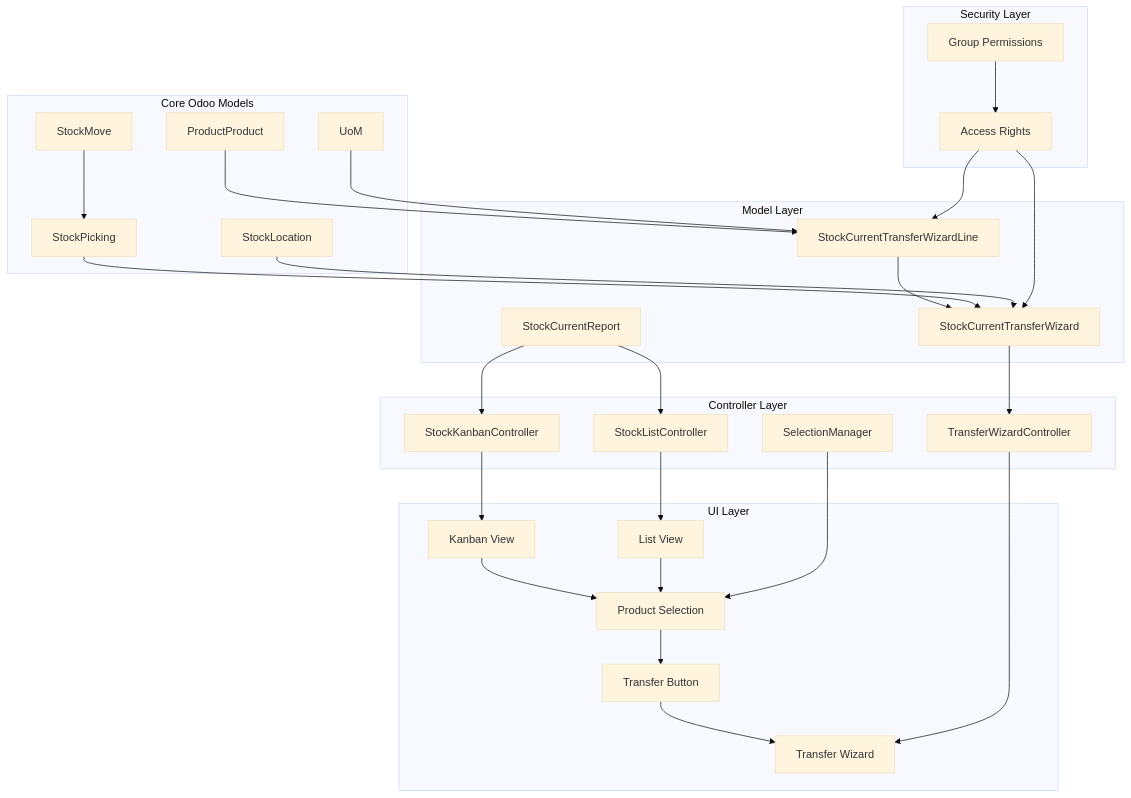
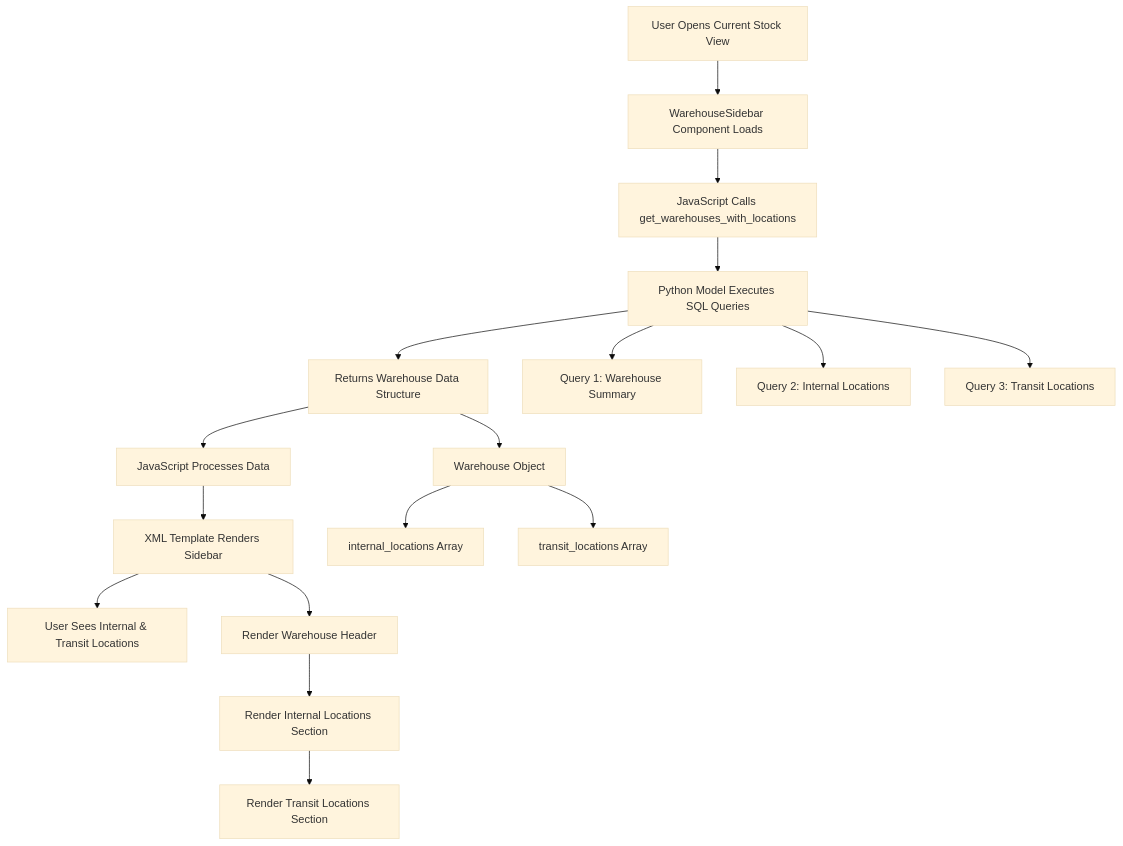
One commit to apcball/apcball changed the first of 3 diagrams in buz_stock_current_report/ARCHITECTURE_DIAGRAM.md. Above: the diagram before and after it, drawn with Mermaid (base theme). The commit also changed other lines of this file and 39 other files, not shown here.

````diff
--- a/buz_stock_current_report/ARCHITECTURE_DIAGRAM.md
+++ b/buz_stock_current_report/ARCHITECTURE_DIAGRAM.md
@@ -5,37 +5,22 @@
 ```mermaid
-graph TB
-    subgraph "UI Layer"
-        A[Kanban View] --> B[Product Selection]
-        C[List View] --> B
-        B --> D[Transfer Button]
-        D --> E[Transfer Wizard]
-    end
+graph TD
+    A[User Opens Current Stock View] --> B[WarehouseSidebar Component Loads]
+    B --> C[JavaScript Calls get_warehouses_with_locations]
+    C --> D[Python Model Executes SQL Queries]
+    D --> E[Returns Warehouse Data Structure]
+    E --> F[JavaScript Processes Data]
+    F --> G[XML Template Renders Sidebar]
+    G --> H[User Sees Internal & Transit Locations]
     
-    subgraph "Controller Layer"
-        F[StockKanbanController] --> A
-        G[StockListController] --> C
-        H[SelectionManager] --> B
-        I[TransferWizardController] --> E
-    end
+    D --> D1[Query 1: Warehouse Summary]
+    D --> D2[Query 2: Internal Locations]
+    D --> D3[Query 3: Transit Locations]
     
-    subgraph "Model Layer"
-        J[StockCurrentReport] --> F
-        J --> G
-        K[StockCurrentTransferWizard] --> I
-        L[StockCurrentTransferWizardLine] --> K
-    end
+    E --> E1[Warehouse Object]
+    E1 --> E2[internal_locations Array]
+    E1 --> E3[transit_locations Array]
     
-    subgraph "Core Odoo Models"
-        M[StockPicking] --> K
-        N[StockMove] --> M
-        O[StockLocation] --> K
-        P[ProductProduct] --> L
-        Q[UoM] --> L
-    end
-    
-    subgraph "Security Layer"
-        R[Access Rights] --> K
-        R --> L
-        S[Group Permissions] --> R
-    end
+    G --> G1[Render Warehouse Header]
+    G1 --> G2[Render Internal Locations Section]
+    G2 --> G3[Render Transit Locations Section]
 ```
````
